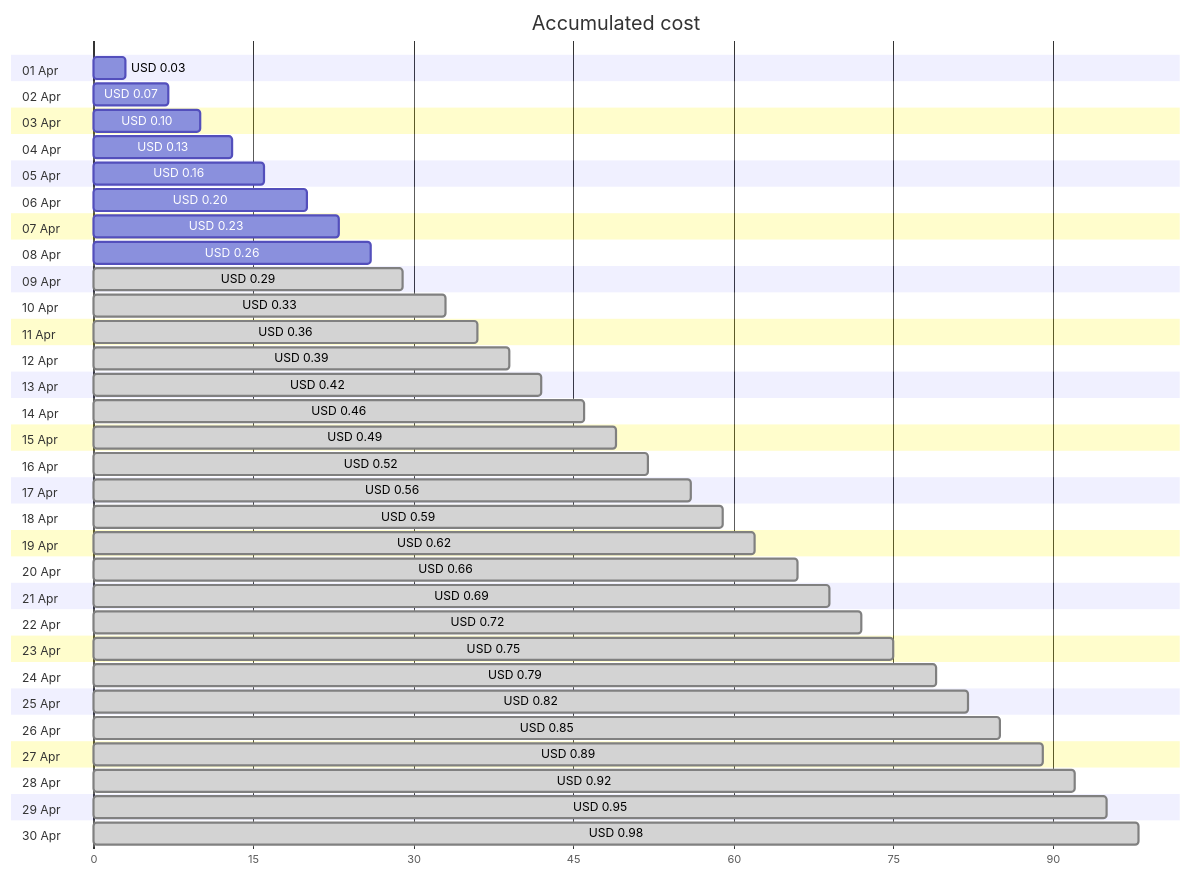
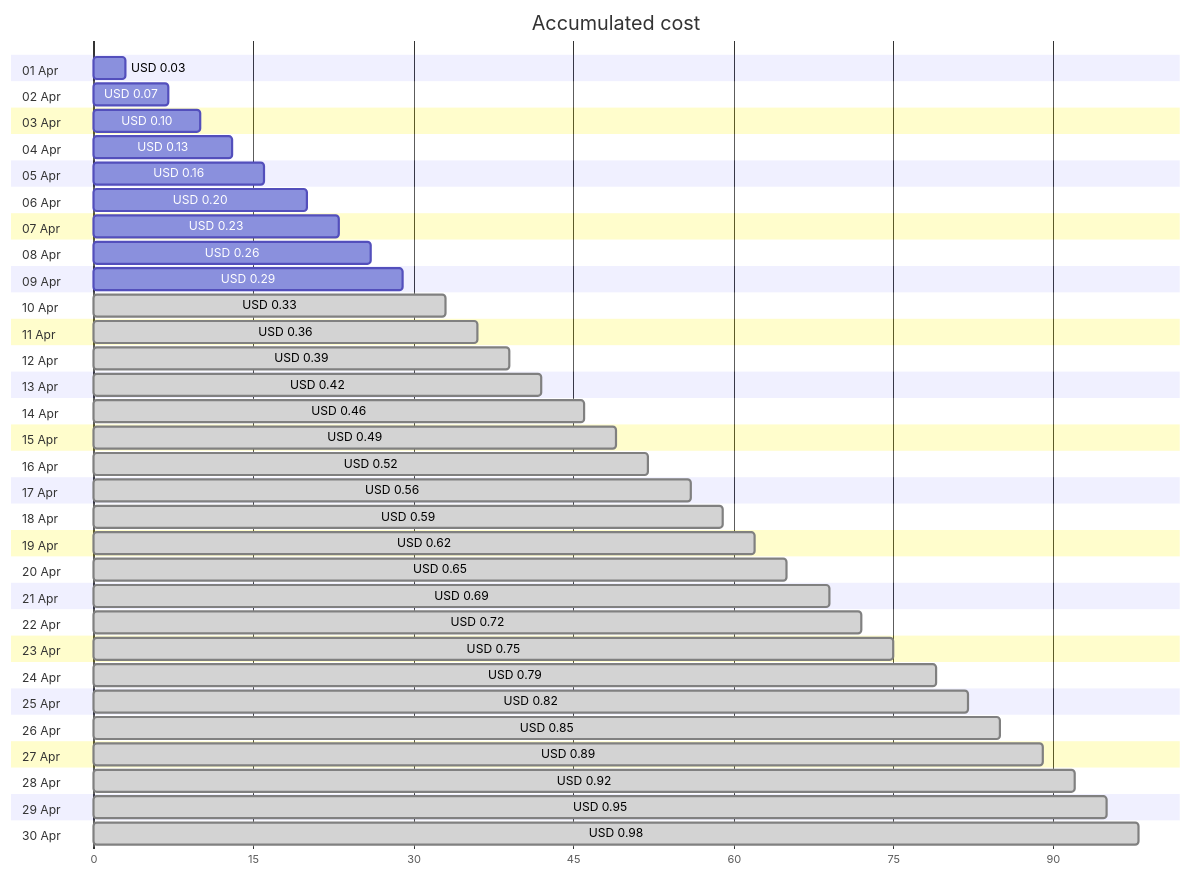
The first of 4 diagrams in cost-reports/personal-dns/README.md (jpfulton/azure-personal-reports), drawn with Mermaid before and after one commit. The commit also changed other lines of this file and 2 other files, not shown here.

````diff
--- a/cost-reports/personal-dns/README.md
+++ b/cost-reports/personal-dns/README.md
@@ -20,66 +20,66 @@
 ```mermaid
 gantt
    title Accumulated cost
    dateFormat  X
    axisFormat %s
    section 01 Apr
    USD 0.03 :0, 3
    section 02 Apr
    USD 0.07 :0, 7
    section 03 Apr
    USD 0.10 :0, 10
    section 04 Apr
    USD 0.13 :0, 13
    section 05 Apr
    USD 0.16 :0, 16
    section 06 Apr
    USD 0.20 :0, 20
    section 07 Apr
    USD 0.23 :0, 23
    section 08 Apr
    USD 0.26 :0, 26
    section 09 Apr
-   USD 0.29 : done, 0, 29
+   USD 0.29 :0, 29
    section 10 Apr
    USD 0.33 : done, 0, 33
    section 11 Apr
    USD 0.36 : done, 0, 36
    section 12 Apr
    USD 0.39 : done, 0, 39
    section 13 Apr
    USD 0.42 : done, 0, 42
    section 14 Apr
    USD 0.46 : done, 0, 46
    section 15 Apr
    USD 0.49 : done, 0, 49
    section 16 Apr
    USD 0.52 : done, 0, 52
    section 17 Apr
    USD 0.56 : done, 0, 56
    section 18 Apr
    USD 0.59 : done, 0, 59
    section 19 Apr
    USD 0.62 : done, 0, 62
    section 20 Apr
-   USD 0.66 : done, 0, 66
+   USD 0.65 : done, 0, 65
    section 21 Apr
    USD 0.69 : done, 0, 69
    section 22 Apr
    USD 0.72 : done, 0, 72
    section 23 Apr
    USD 0.75 : done, 0, 75
    section 24 Apr
    USD 0.79 : done, 0, 79
    section 25 Apr
    USD 0.82 : done, 0, 82
    section 26 Apr
    USD 0.85 : done, 0, 85
    section 27 Apr
    USD 0.89 : done, 0, 89
    section 28 Apr
    USD 0.92 : done, 0, 92
    section 29 Apr
    USD 0.95 : done, 0, 95
    section 30 Apr
    USD 0.98 : done, 0, 98
 ```
````
